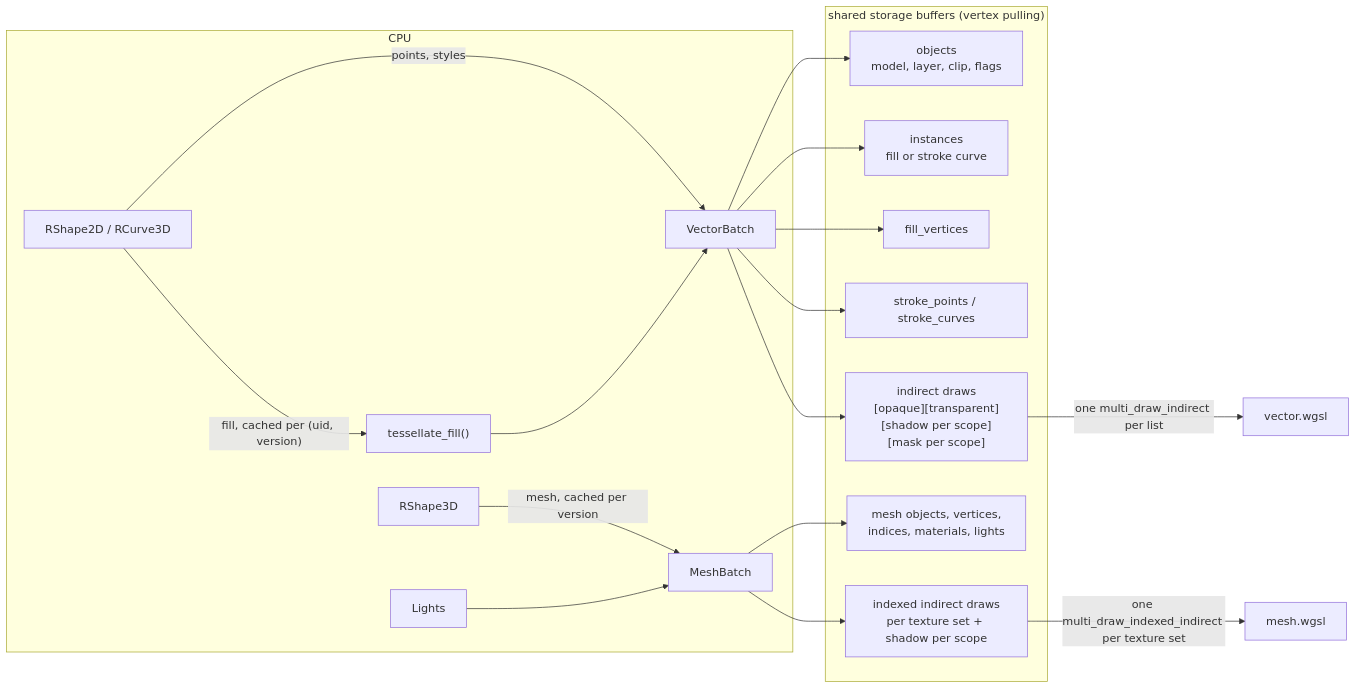
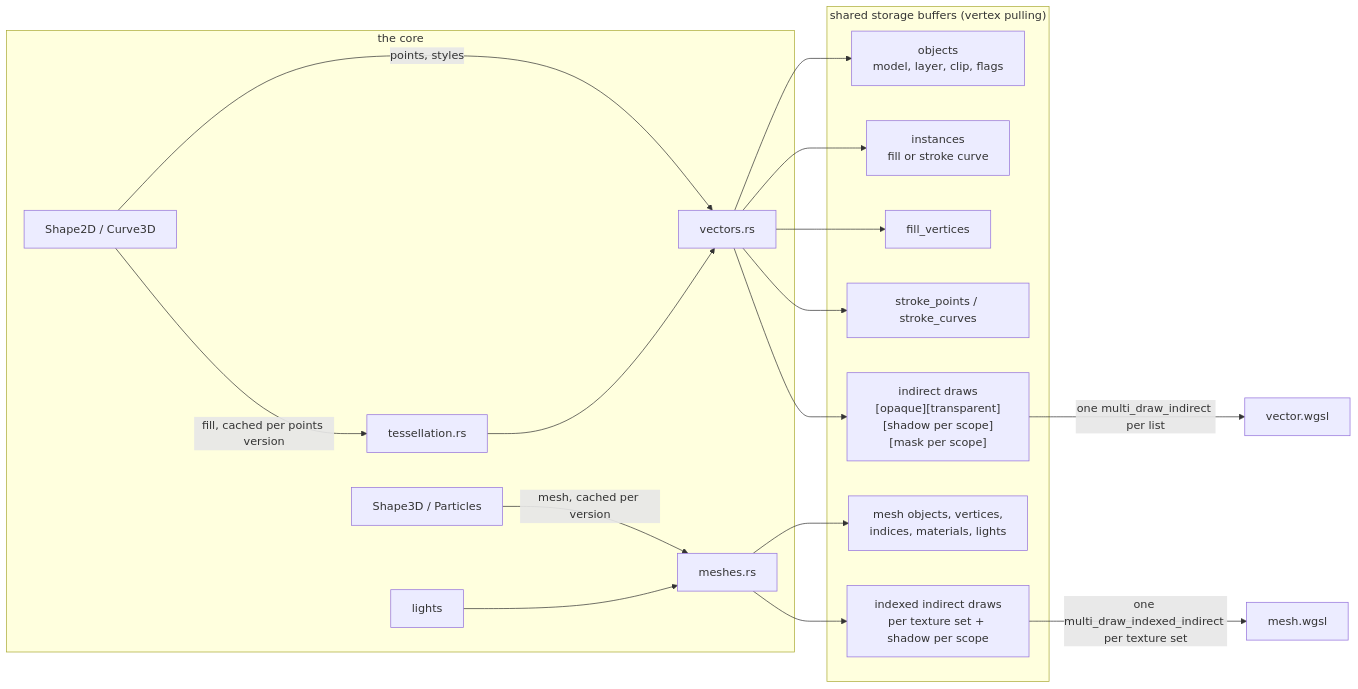
The third of 5 diagrams in manimx/manimx/renderer/README.md (MrDiver/manim), drawn with Mermaid before and after one commit. The commit also changed other lines of this file and 200 other files, not shown here.

````diff
--- a/manimx/manimx/renderer/README.md
+++ b/manimx/manimx/renderer/README.md
@@ -376,20 +311,20 @@
 ```mermaid
 flowchart LR
-    subgraph CPU
-        S["RShape2D / RCurve3D"] -->|"points, styles"| VB["VectorBatch"]
-        S -->|"fill, cached per (uid, version)"| T["tessellate_fill()"] --> VB
-        M["RShape3D"] -->|"mesh, cached per version"| MB["MeshBatch"]
-        Li["Lights"] --> MB
+    subgraph CPU["the core"]
+        S["Shape2D / Curve3D"] -->|"points, styles"| VB["vectors.rs"]
+        S -->|"fill, cached per points version"| T["tessellation.rs"] --> VB
+        M["Shape3D / Particles"] -->|"mesh, cached per version"| MB["meshes.rs"]
+        Li["lights"] --> MB
     end
     subgraph Buffers["shared storage buffers (vertex pulling)"]
         VB --> O["objects<br/>model, layer, clip, flags"]
         VB --> I["instances<br/>fill or stroke curve"]
         VB --> FV["fill_vertices"]
         VB --> SP["stroke_points / stroke_curves"]
         VB --> ID["indirect draws<br/>[opaque][transparent][shadow per scope][mask per scope]"]
         MB --> MO["mesh objects, vertices,<br/>indices, materials, lights"]
         MB --> MD["indexed indirect draws<br/>per texture set + shadow per scope"]
     end
     ID -->|"one multi_draw_indirect per list"| VP["vector.wgsl"]
     MD -->|"one multi_draw_indexed_indirect per texture set"| MP["mesh.wgsl"]
 ```
````
